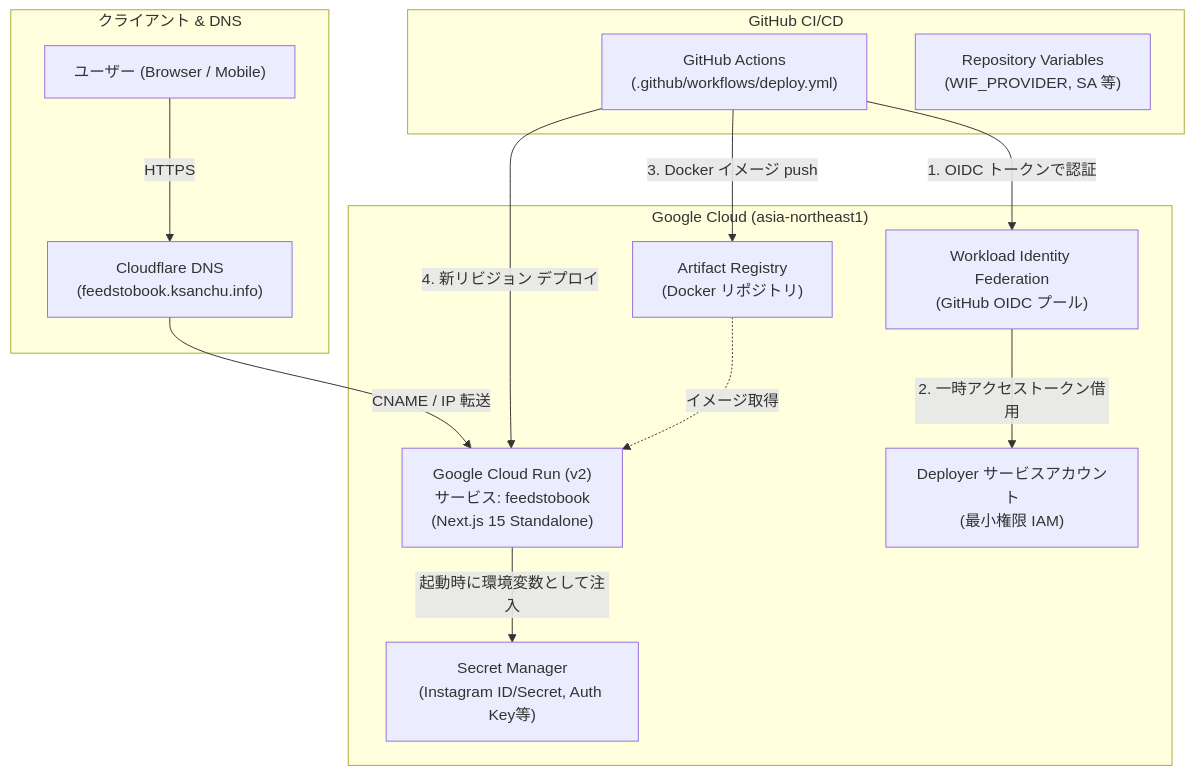
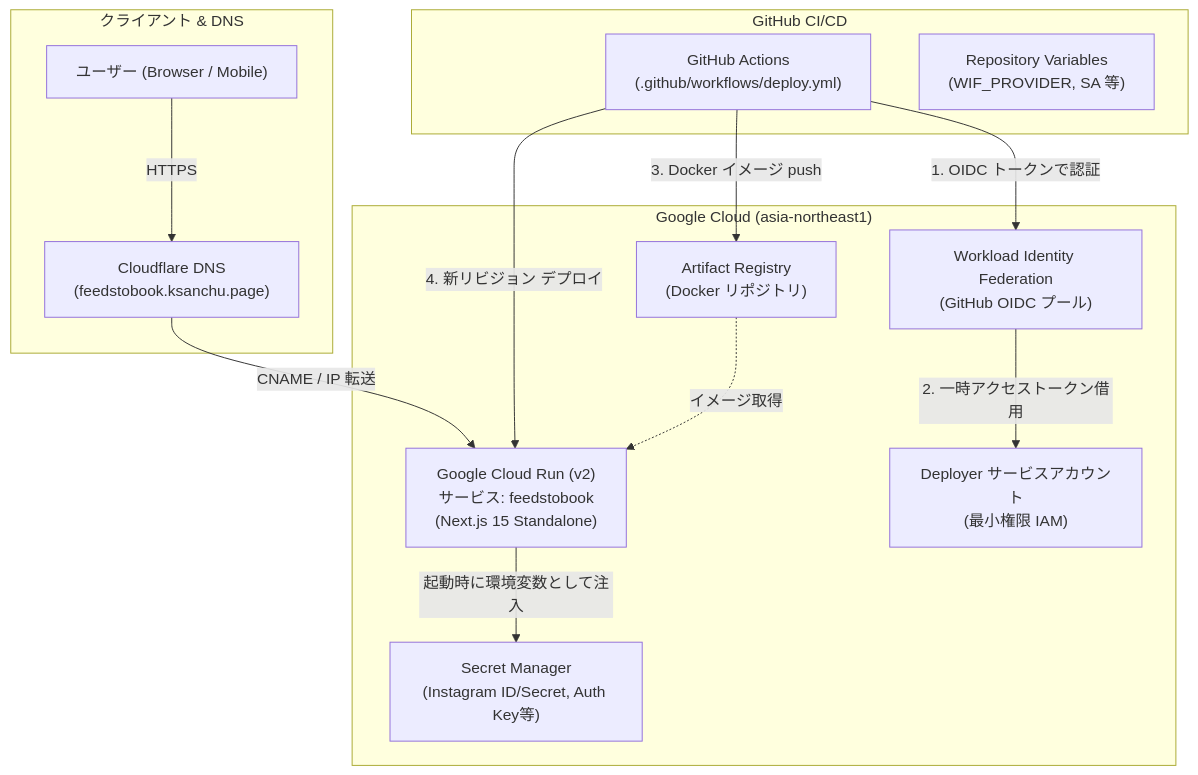
One commit to 1021ky/instagram-feed-epublisher changed the diagram in docs/designdoc/infra-designdoc.md. Above: the diagram before and after it, drawn with Mermaid. The commit also changed other lines of this file and 5 other files, not shown here.

First line of the commit message:
fix(infra): 独自ドメイン名を ksanchu.page (feedstobook.ksanchu.page) に修正 (#72)

````diff
--- a/docs/designdoc/infra-designdoc.md
+++ b/docs/designdoc/infra-designdoc.md
@@ -30,29 +30,29 @@
 ```mermaid
 flowchart TD
     subgraph Client ["クライアント & DNS"]
         User["ユーザー (Browser / Mobile)"]
-        CF["Cloudflare DNS\n(feedstobook.ksanchu.info)"]
+        CF["Cloudflare DNS\n(feedstobook.ksanchu.page)"]
     end
 
     subgraph GCP ["Google Cloud (asia-northeast1)"]
         CR["Google Cloud Run (v2)\nサービス: feedstobook\n(Next.js 15 Standalone)"]
         AR["Artifact Registry\n(Docker リポジトリ)"]
         SM["Secret Manager\n(Instagram ID/Secret, Auth Key等)"]
         WIF["Workload Identity Federation\n(GitHub OIDC プール)"]
         SA["Deployer サービスアカウント\n(最小権限 IAM)"]
     end
 
     subgraph GitHub ["GitHub CI/CD"]
         GHA["GitHub Actions\n(.github/workflows/deploy.yml)"]
         RepoVars["Repository Variables\n(WIF_PROVIDER, SA 等)"]
     end
 
     User -->|HTTPS| CF
     CF -->|CNAME / IP 転送| CR
     CR -->|起動時に環境変数として注入| SM
     GHA -->|1. OIDC トークンで認証| WIF
     WIF -->|2. 一時アクセストークン借用| SA
     GHA -->|3. Docker イメージ push| AR
     GHA -->|4. 新リビジョン デプロイ| CR
     AR -.->|イメージ取得| CR
 ```
````
